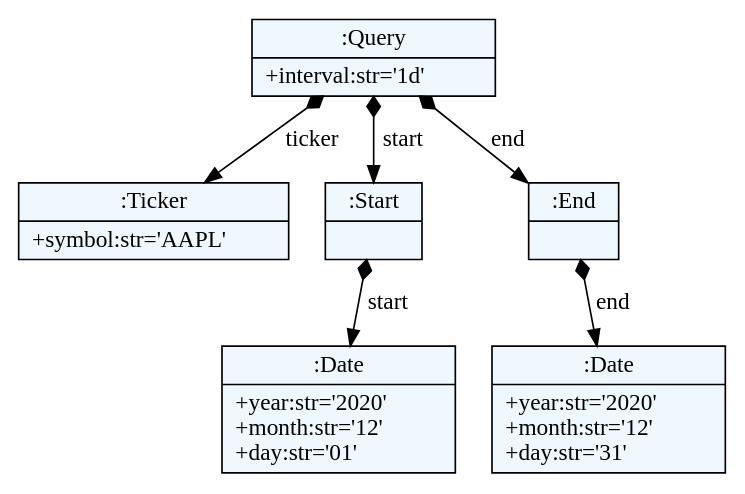
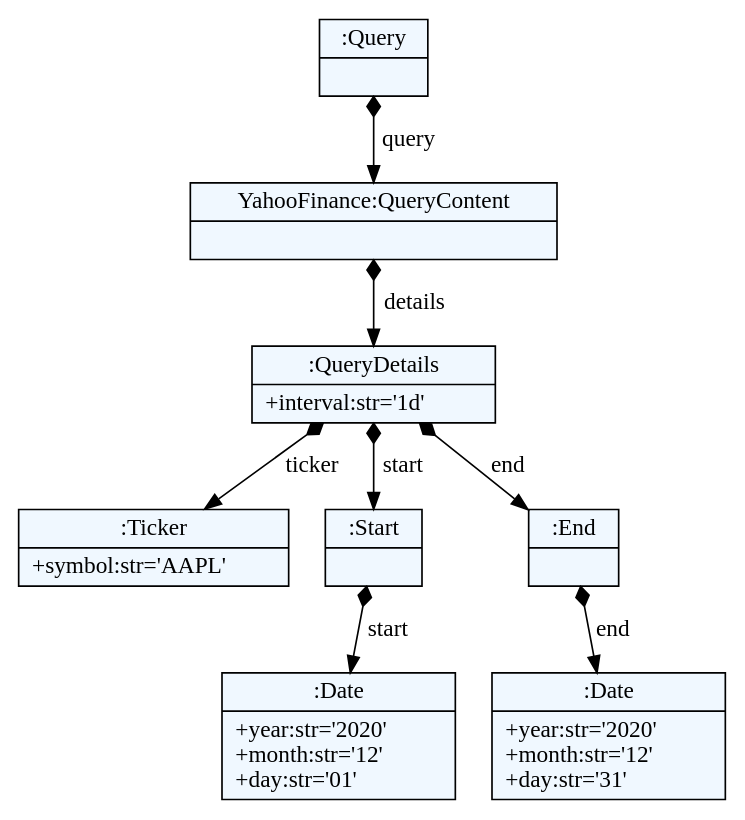
Before and after one commit to DusanStevic/textx-lang-quant: the diagram in scraper/dotexport/scraper_model.dot, drawn with Graphviz. The commit also changed 9 other files, not shown here.

```diff
--- a/scraper/dotexport/scraper_model.dot
+++ b/scraper/dotexport/scraper_model.dot
@@ -1,26 +1,30 @@
 
     digraph textX {
     fontname = "Bitstream Vera Sans"
     fontsize = 8
     node[
         shape=record,
         style=filled,
         fillcolor=aliceblue
     ]
     nodesep = 0.3
     edge[dir=black,arrowtail=empty]
 
 
-49657392 -> 58186720 [label="ticker" arrowtail=diamond dir=both]
-58186720[label="{:Ticker|+symbol:str='AAPL'\l}"]
-49657392 -> 58187168 [label="start" arrowtail=diamond dir=both]
-58187168 -> 58187280 [label="start" arrowtail=diamond dir=both]
-58187280[label="{:Date|+year:str='2020'\l+month:str='12'\l+day:str='01'\l}"]
-58187168[label="{:Start|}"]
-49657392 -> 50450616 [label="end" arrowtail=diamond dir=both]
-50450616 -> 58187336 [label="end" arrowtail=diamond dir=both]
-58187336[label="{:Date|+year:str='2020'\l+month:str='12'\l+day:str='31'\l}"]
-50450616[label="{:End|}"]
-49657392[label="{:Query|+interval:str='1d'\l}"]
+58387256 -> 58387760 [label="query" arrowtail=diamond dir=both]
+58387760 -> 58387984 [label="details" arrowtail=diamond dir=both]
+58387984 -> 58388152 [label="ticker" arrowtail=diamond dir=both]
+58388152[label="{:Ticker|+symbol:str='AAPL'\l}"]
+58387984 -> 58388208 [label="start" arrowtail=diamond dir=both]
+58388208 -> 58380472 [label="start" arrowtail=diamond dir=both]
+58380472[label="{:Date|+year:str='2020'\l+month:str='12'\l+day:str='01'\l}"]
+58388208[label="{:Start|}"]
+58387984 -> 58380416 [label="end" arrowtail=diamond dir=both]
+58380416 -> 58380640 [label="end" arrowtail=diamond dir=both]
+58380640[label="{:Date|+year:str='2020'\l+month:str='12'\l+day:str='31'\l}"]
+58380416[label="{:End|}"]
+58387984[label="{:QueryDetails|+interval:str='1d'\l}"]
+58387760[label="{YahooFinance:QueryContent|}"]
+58387256[label="{:Query|}"]
 
 }
```
